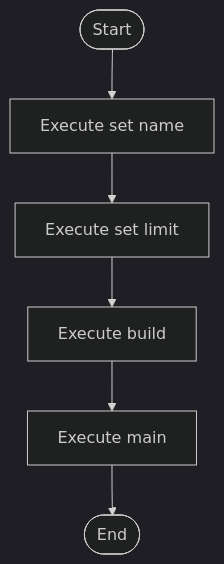
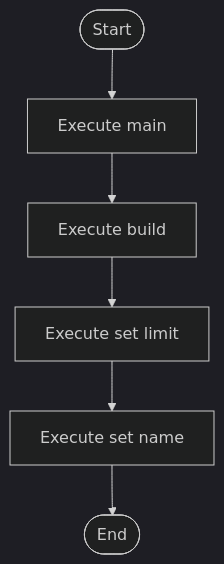
The diagram in docs/Codebase/Input/builder_to_singleton_source.cpp.md (JohnAndrewBalbarosa/NeoTerritory), drawn with Mermaid (dark theme) before and after one commit. The commit also changed 148 other files, not shown here.

````diff
--- a/docs/Codebase/Input/builder_to_singleton_source.cpp.md
+++ b/docs/Codebase/Input/builder_to_singleton_source.cpp.md
@@ -24,14 +24,14 @@
 ```mermaid
 flowchart TD
     Start([Start])
-    N0[Execute set name]
-    N1[Execute set limit]
-    N2[Execute build]
-    N3[Execute main]
+    N0[Execute main]
+    N1[Execute build]
+    N2[Execute set limit]
+    N3[Execute set name]
     End([End])
     Start --> N0
     N0 --> N1
     N1 --> N2
     N2 --> N3
     N3 --> End
 ```
````
